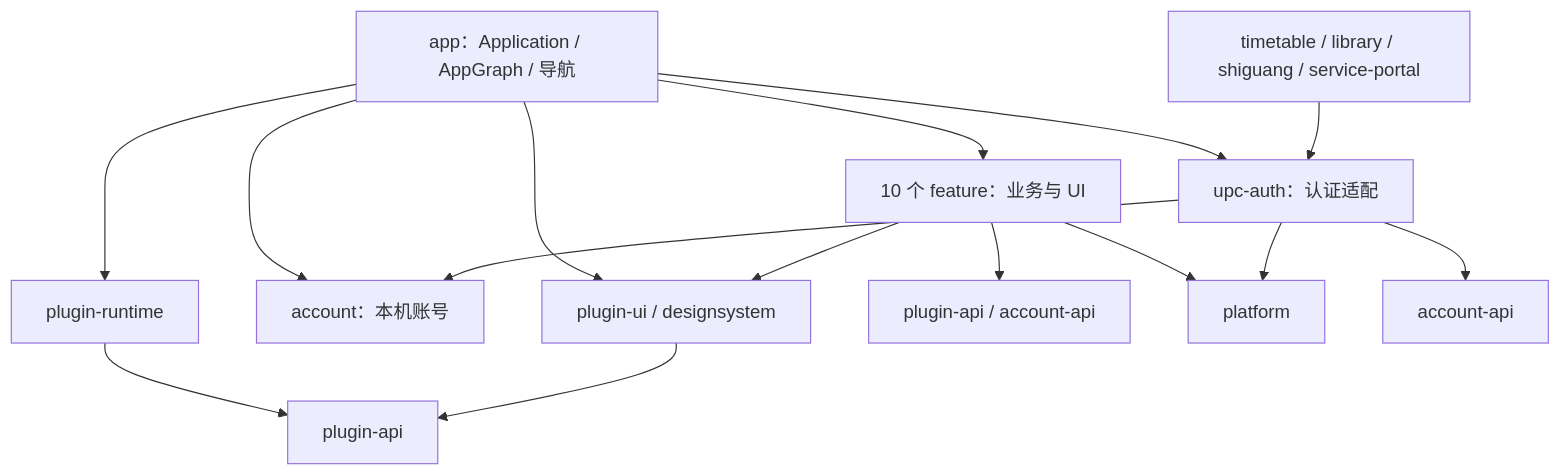
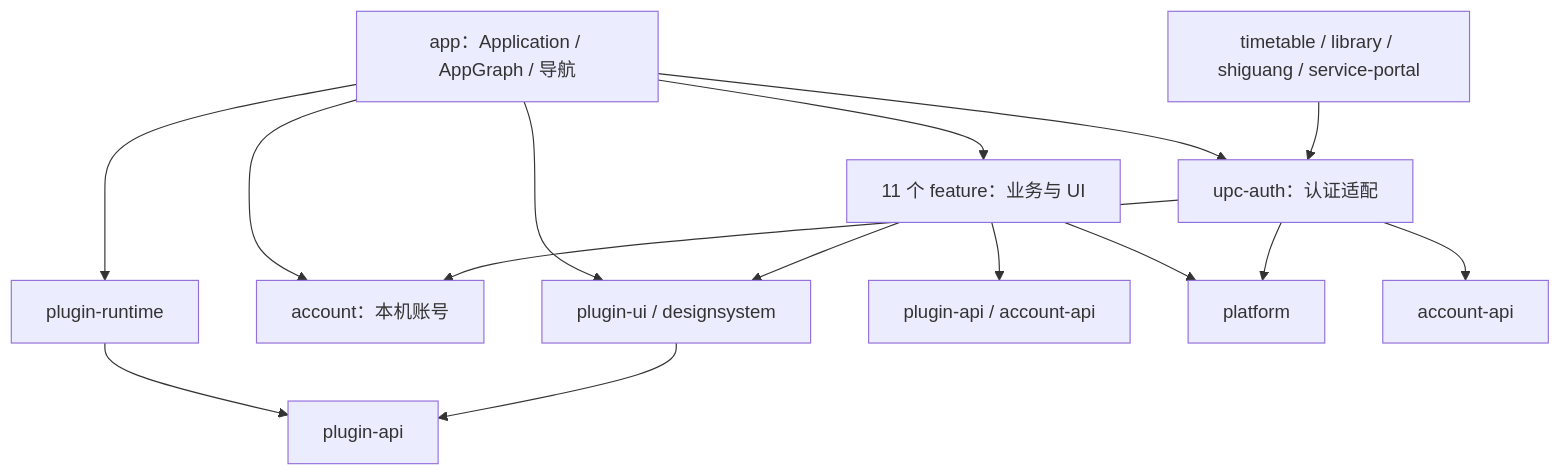
Before and after one commit to dlam12138/UPCPocket: the first of 2 diagrams in ARCHITECTURE.md, drawn with Mermaid. The commit also changed other lines of this file and 20 other files, not shown here.

````diff
--- a/ARCHITECTURE.md
+++ b/ARCHITECTURE.md
@@ -9,17 +9,17 @@
 ```mermaid
 flowchart TD
-    A[app：Application / AppGraph / 导航] --> F[10 个 feature：业务与 UI]
+    A[app：Application / AppGraph / 导航] --> F[11 个 feature：业务与 UI]
     A --> R[plugin-runtime]
     A --> C[account：本机账号]
     A --> U[upc-auth：认证适配]
     A --> UI[plugin-ui / designsystem]
     F --> API[plugin-api / account-api]
     F --> UI
     F --> P[platform]
     TF[timetable / library / shiguang / service-portal] --> U
     U --> C
     U --> P
     U --> AA[account-api]
     R --> PA[plugin-api]
     UI --> PA
 ```
````
